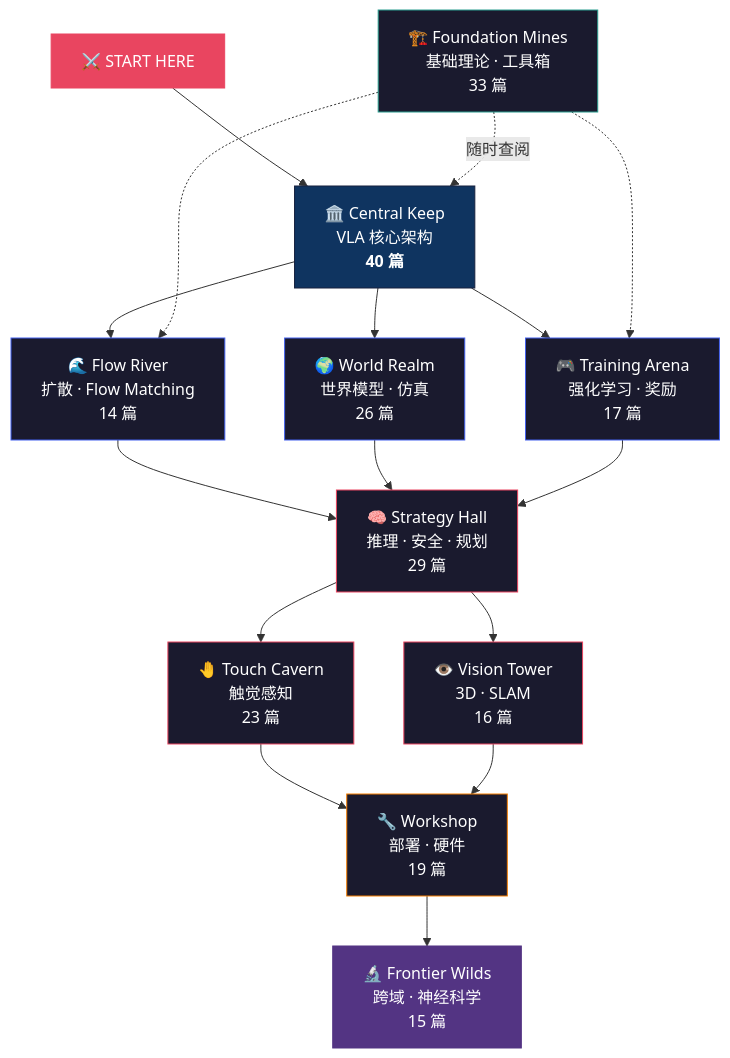
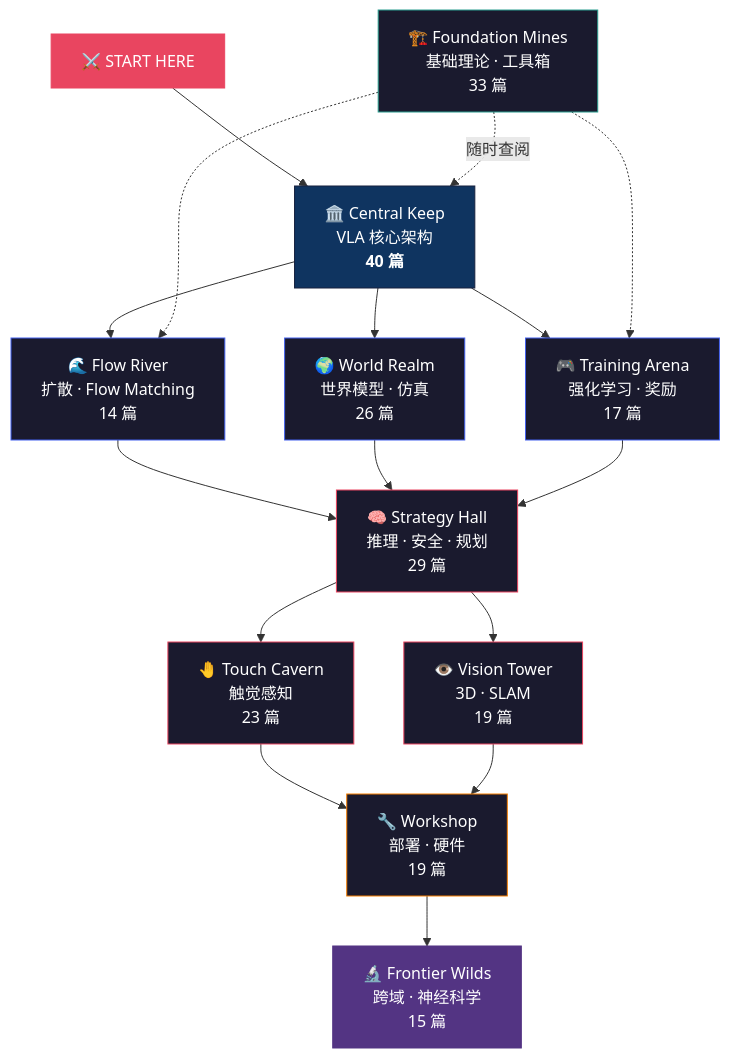
One commit to sou350121/VLA-Handbook changed the diagram in theory/README.md. Above: the diagram before and after it, drawn with Mermaid. The commit also changed other lines of this file and 4 other files, not shown here.

````diff
--- a/theory/README.md
+++ b/theory/README.md
@@ -27,36 +27,36 @@
 ```mermaid
 graph TD
     START["⚔️ START HERE"] --> CORE["🏛️ Central Keep<br/>VLA 核心架构<br/><b>40 篇</b>"]
 
     CORE --> FLOW["🌊 Flow River<br/>扩散 · Flow Matching<br/>14 篇"]
     CORE --> WORLD["🌍 World Realm<br/>世界模型 · 仿真<br/>26 篇"]
     CORE --> RL["🎮 Training Arena<br/>强化学习 · 奖励<br/>17 篇"]
 
     FLOW --> PLAN["🧠 Strategy Hall<br/>推理 · 安全 · 规划<br/>29 篇"]
     WORLD --> PLAN
     RL --> PLAN
 
     PLAN --> TOUCH["🤚 Touch Cavern<br/>触觉感知<br/>23 篇"]
-    PLAN --> EYE["👁️ Vision Tower<br/>3D · SLAM<br/>16 篇"]
+    PLAN --> EYE["👁️ Vision Tower<br/>3D · SLAM<br/>19 篇"]
 
     TOUCH --> DEPLOY["🔧 Workshop<br/>部署 · 硬件<br/>19 篇"]
     EYE --> DEPLOY
 
     DEPLOY --> FRONTIER["🔬 Frontier Wilds<br/>跨域 · 神经科学<br/>15 篇"]
 
     FOUND["🏗️ Foundation Mines<br/>基础理论 · 工具箱<br/>33 篇"] -.->|随时查阅| CORE
     FOUND -.-> FLOW
     FOUND -.-> RL
 
     style START fill:#e94560,stroke:#e94560,color:#fff
     style CORE fill:#0f3460,stroke:#16213e,color:#fff
     style FLOW fill:#1a1a2e,stroke:#4361ee,color:#fff
     style WORLD fill:#1a1a2e,stroke:#4361ee,color:#fff
     style RL fill:#1a1a2e,stroke:#4361ee,color:#fff
     style PLAN fill:#1a1a2e,stroke:#e94560,color:#fff
     style TOUCH fill:#1a1a2e,stroke:#e94560,color:#fff
     style EYE fill:#1a1a2e,stroke:#e94560,color:#fff
     style DEPLOY fill:#1a1a2e,stroke:#f77f00,color:#fff
     style FRONTIER fill:#533483,stroke:#533483,color:#fff
     style FOUND fill:#1a1a2e,stroke:#2a9d8f,color:#fff
 ```
````
